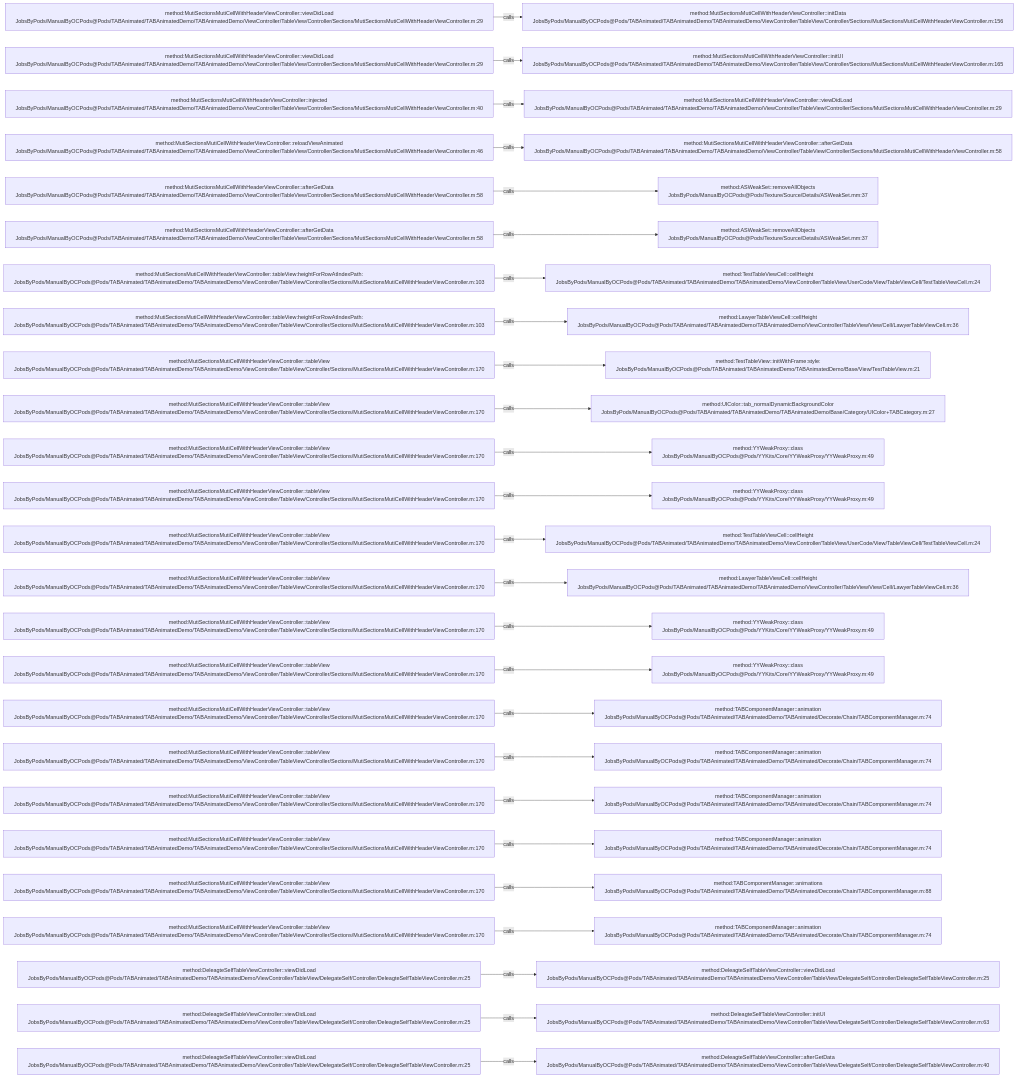
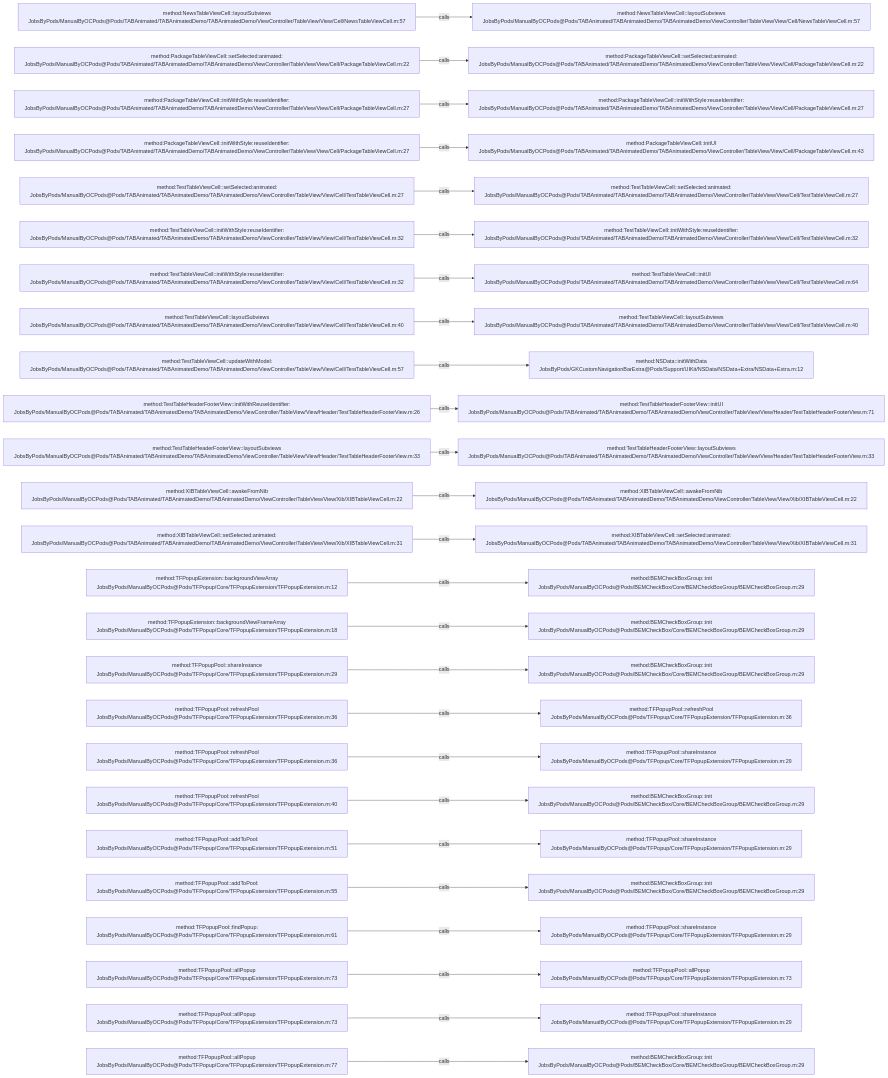
The diagram in .codegraph/codegraph.md/graphs/calls-070.md (JobsKits/JobsOCBaseConfigDemo), drawn with Mermaid before and after one commit. The commit also changed 1223 other files, not shown here.

````diff
--- a/.codegraph/codegraph.md/graphs/calls-070.md
+++ b/.codegraph/codegraph.md/graphs/calls-070.md
@@ -13,78 +13,78 @@
 ```mermaid
 flowchart LR
-  S1["method:MutiSectionsMutiCellWithHeaderViewController::viewDidLoad<br/>JobsByPods/ManualByOCPods@Pods/TABAnimated/TABAnimatedDemo/TABAnimatedDemo/ViewController/TableView/Controller/Sections/MutiSectionsMutiCellWithHeaderViewController.m:29"]
-  T1["method:MutiSectionsMutiCellWithHeaderViewController::initData<br/>JobsByPods/ManualByOCPods@Pods/TABAnimated/TABAnimatedDemo/TABAnimatedDemo/ViewController/TableView/Controller/Sections/MutiSectionsMutiCellWithHeaderViewController.m:156"]
+  S1["method:NewsTableViewCell::layoutSubviews<br/>JobsByPods/ManualByOCPods@Pods/TABAnimated/TABAnimatedDemo/TABAnimatedDemo/ViewController/TableView/View/Cell/NewsTableViewCell.m:57"]
+  T1["method:NewsTableViewCell::layoutSubviews<br/>JobsByPods/ManualByOCPods@Pods/TABAnimated/TABAnimatedDemo/TABAnimatedDemo/ViewController/TableView/View/Cell/NewsTableViewCell.m:57"]
   S1 -->|calls| T1
-  S2["method:MutiSectionsMutiCellWithHeaderViewController::viewDidLoad<br/>JobsByPods/ManualByOCPods@Pods/TABAnimated/TABAnimatedDemo/TABAnimatedDemo/ViewController/TableView/Controller/Sections/MutiSectionsMutiCellWithHeaderViewController.m:29"]
-  T2["method:MutiSectionsMutiCellWithHeaderViewController::initUI<br/>JobsByPods/ManualByOCPods@Pods/TABAnimated/TABAnimatedDemo/TABAnimatedDemo/ViewController/TableView/Controller/Sections/MutiSectionsMutiCellWithHeaderViewController.m:165"]
+  S2["method:PackageTableViewCell::setSelected:animated:<br/>JobsByPods/ManualByOCPods@Pods/TABAnimated/TABAnimatedDemo/TABAnimatedDemo/ViewController/TableView/View/Cell/PackageTableViewCell.m:22"]
+  T2["method:PackageTableViewCell::setSelected:animated:<br/>JobsByPods/ManualByOCPods@Pods/TABAnimated/TABAnimatedDemo/TABAnimatedDemo/ViewController/TableView/View/Cell/PackageTableViewCell.m:22"]
   S2 -->|calls| T2
-  S3["method:MutiSectionsMutiCellWithHeaderViewController::injected<br/>JobsByPods/ManualByOCPods@Pods/TABAnimated/TABAnimatedDemo/TABAnimatedDemo/ViewController/TableView/Controller/Sections/MutiSectionsMutiCellWithHeaderViewController.m:40"]
-  T3["method:MutiSectionsMutiCellWithHeaderViewController::viewDidLoad<br/>JobsByPods/ManualByOCPods@Pods/TABAnimated/TABAnimatedDemo/TABAnimatedDemo/ViewController/TableView/Controller/Sections/MutiSectionsMutiCellWithHeaderViewController.m:29"]
+  S3["method:PackageTableViewCell::initWithStyle:reuseIdentifier:<br/>JobsByPods/ManualByOCPods@Pods/TABAnimated/TABAnimatedDemo/TABAnimatedDemo/ViewController/TableView/View/Cell/PackageTableViewCell.m:27"]
+  T3["method:PackageTableViewCell::initWithStyle:reuseIdentifier:<br/>JobsByPods/ManualByOCPods@Pods/TABAnimated/TABAnimatedDemo/TABAnimatedDemo/ViewController/TableView/View/Cell/PackageTableViewCell.m:27"]
   S3 -->|calls| T3
-  S4["method:MutiSectionsMutiCellWithHeaderViewController::reloadViewAnimated<br/>JobsByPods/ManualByOCPods@Pods/TABAnimated/TABAnimatedDemo/TABAnimatedDemo/ViewController/TableView/Controller/Sections/MutiSectionsMutiCellWithHeaderViewController.m:46"]
-  T4["method:MutiSectionsMutiCellWithHeaderViewController::afterGetData<br/>JobsByPods/ManualByOCPods@Pods/TABAnimated/TABAnimatedDemo/TABAnimatedDemo/ViewController/TableView/Controller/Sections/MutiSectionsMutiCellWithHeaderViewController.m:58"]
+  S4["method:PackageTableViewCell::initWithStyle:reuseIdentifier:<br/>JobsByPods/ManualByOCPods@Pods/TABAnimated/TABAnimatedDemo/TABAnimatedDemo/ViewController/TableView/View/Cell/PackageTableViewCell.m:27"]
+  T4["method:PackageTableViewCell::initUI<br/>JobsByPods/ManualByOCPods@Pods/TABAnimated/TABAnimatedDemo/TABAnimatedDemo/ViewController/TableView/View/Cell/PackageTableViewCell.m:43"]
   S4 -->|calls| T4
-  S5["method:MutiSectionsMutiCellWithHeaderViewController::afterGetData<br/>JobsByPods/ManualByOCPods@Pods/TABAnimated/TABAnimatedDemo/TABAnimatedDemo/ViewController/TableView/Controller/Sections/MutiSectionsMutiCellWithHeaderViewController.m:58"]
-  T5["method:ASWeakSet::removeAllObjects<br/>JobsByPods/ManualByOCPods@Pods/Texture/Source/Details/ASWeakSet.mm:37"]
+  S5["method:TestTableViewCell::setSelected:animated:<br/>JobsByPods/ManualByOCPods@Pods/TABAnimated/TABAnimatedDemo/TABAnimatedDemo/ViewController/TableView/View/Cell/TestTableViewCell.m:27"]
+  T5["method:TestTableViewCell::setSelected:animated:<br/>JobsByPods/ManualByOCPods@Pods/TABAnimated/TABAnimatedDemo/TABAnimatedDemo/ViewController/TableView/View/Cell/TestTableViewCell.m:27"]
   S5 -->|calls| T5
-  S6["method:MutiSectionsMutiCellWithHeaderViewController::afterGetData<br/>JobsByPods/ManualByOCPods@Pods/TABAnimated/TABAnimatedDemo/TABAnimatedDemo/ViewController/TableView/Controller/Sections/MutiSectionsMutiCellWithHeaderViewController.m:58"]
-  T6["method:ASWeakSet::removeAllObjects<br/>JobsByPods/ManualByOCPods@Pods/Texture/Source/Details/ASWeakSet.mm:37"]
+  S6["method:TestTableViewCell::initWithStyle:reuseIdentifier:<br/>JobsByPods/ManualByOCPods@Pods/TABAnimated/TABAnimatedDemo/TABAnimatedDemo/ViewController/TableView/View/Cell/TestTableViewCell.m:32"]
+  T6["method:TestTableViewCell::initWithStyle:reuseIdentifier:<br/>JobsByPods/ManualByOCPods@Pods/TABAnimated/TABAnimatedDemo/TABAnimatedDemo/ViewController/TableView/View/Cell/TestTableViewCell.m:32"]
   S6 -->|calls| T6
-  S7["method:MutiSectionsMutiCellWithHeaderViewController::tableView:heightForRowAtIndexPath:<br/>JobsByPods/ManualByOCPods@Pods/TABAnimated/TABAnimatedDemo/TABAnimatedDemo/ViewController/TableView/Controller/Sections/MutiSectionsMutiCellWithHeaderViewController.m:103"]
-  T7["method:TestTableViewCell::cellHeight<br/>JobsByPods/ManualByOCPods@Pods/TABAnimated/TABAnimatedDemo/TABAnimatedDemo/ViewController/TableView/UserCode/View/TableViewCell/TestTableViewCell.m:24"]
+  S7["method:TestTableViewCell::initWithStyle:reuseIdentifier:<br/>JobsByPods/ManualByOCPods@Pods/TABAnimated/TABAnimatedDemo/TABAnimatedDemo/ViewController/TableView/View/Cell/TestTableViewCell.m:32"]
+  T7["method:TestTableViewCell::initUI<br/>JobsByPods/ManualByOCPods@Pods/TABAnimated/TABAnimatedDemo/TABAnimatedDemo/ViewController/TableView/View/Cell/TestTableViewCell.m:64"]
   S7 -->|calls| T7
-  S8["method:MutiSectionsMutiCellWithHeaderViewController::tableView:heightForRowAtIndexPath:<br/>JobsByPods/ManualByOCPods@Pods/TABAnimated/TABAnimatedDemo/TABAnimatedDemo/ViewController/TableView/Controller/Sections/MutiSectionsMutiCellWithHeaderViewController.m:103"]
-  T8["method:LawyerTableViewCell::cellHeight<br/>JobsByPods/ManualByOCPods@Pods/TABAnimated/TABAnimatedDemo/TABAnimatedDemo/ViewController/TableView/View/Cell/LawyerTableViewCell.m:36"]
+  S8["method:TestTableViewCell::layoutSubviews<br/>JobsByPods/ManualByOCPods@Pods/TABAnimated/TABAnimatedDemo/TABAnimatedDemo/ViewController/TableView/View/Cell/TestTableViewCell.m:40"]
+  T8["method:TestTableViewCell::layoutSubviews<br/>JobsByPods/ManualByOCPods@Pods/TABAnimated/TABAnimatedDemo/TABAnimatedDemo/ViewController/TableView/View/Cell/TestTableViewCell.m:40"]
   S8 -->|calls| T8
-  S9["method:MutiSectionsMutiCellWithHeaderViewController::tableView<br/>JobsByPods/ManualByOCPods@Pods/TABAnimated/TABAnimatedDemo/TABAnimatedDemo/ViewController/TableView/Controller/Sections/MutiSectionsMutiCellWithHeaderViewController.m:170"]
-  T9["method:TestTableView::initWithFrame:style:<br/>JobsByPods/ManualByOCPods@Pods/TABAnimated/TABAnimatedDemo/TABAnimatedDemo/Base/View/TestTableView.m:21"]
+  S9["method:TestTableViewCell::updateWithModel:<br/>JobsByPods/ManualByOCPods@Pods/TABAnimated/TABAnimatedDemo/TABAnimatedDemo/ViewController/TableView/View/Cell/TestTableViewCell.m:57"]
+  T9["method:NSData::initWithData<br/>JobsByPods/GKCustomNavigationBarExtra@Pods/Support/UIKit/NSData/NSData+Extra/NSData+Extra.m:12"]
   S9 -->|calls| T9
-  S10["method:MutiSectionsMutiCellWithHeaderViewController::tableView<br/>JobsByPods/ManualByOCPods@Pods/TABAnimated/TABAnimatedDemo/TABAnimatedDemo/ViewController/TableView/Controller/Sections/MutiSectionsMutiCellWithHeaderViewController.m:170"]
-  T10["method:UIColor::tab_normalDynamicBackgroundColor<br/>JobsByPods/ManualByOCPods@Pods/TABAnimated/TABAnimatedDemo/TABAnimatedDemo/Base/Category/UIColor+TABCategory.m:27"]
+  S10["method:TestTableHeaderFooterView::initWithReuseIdentifier:<br/>JobsByPods/ManualByOCPods@Pods/TABAnimated/TABAnimatedDemo/TABAnimatedDemo/ViewController/TableView/View/Header/TestTableHeaderFooterView.m:26"]
+  T10["method:TestTableHeaderFooterView::initUI<br/>JobsByPods/ManualByOCPods@Pods/TABAnimated/TABAnimatedDemo/TABAnimatedDemo/ViewController/TableView/View/Header/TestTableHeaderFooterView.m:71"]
   S10 -->|calls| T10
-  S11["method:MutiSectionsMutiCellWithHeaderViewController::tableView<br/>JobsByPods/ManualByOCPods@Pods/TABAnimated/TABAnimatedDemo/TABAnimatedDemo/ViewController/TableView/Controller/Sections/MutiSectionsMutiCellWithHeaderViewController.m:170"]
-  T11["method:YYWeakProxy::class<br/>JobsByPods/ManualByOCPods@Pods/YYKits/Core/YYWeakProxy/YYWeakProxy.m:49"]
+  S11["method:TestTableHeaderFooterView::layoutSubviews<br/>JobsByPods/ManualByOCPods@Pods/TABAnimated/TABAnimatedDemo/TABAnimatedDemo/ViewController/TableView/View/Header/TestTableHeaderFooterView.m:33"]
+  T11["method:TestTableHeaderFooterView::layoutSubviews<br/>JobsByPods/ManualByOCPods@Pods/TABAnimated/TABAnimatedDemo/TABAnimatedDemo/ViewController/TableView/View/Header/TestTableHeaderFooterView.m:33"]
   S11 -->|calls| T11
-  S12["method:MutiSectionsMutiCellWithHeaderViewController::tableView<br/>JobsByPods/ManualByOCPods@Pods/TABAnimated/TABAnimatedDemo/TABAnimatedDemo/ViewController/TableView/Controller/Sections/MutiSectionsMutiCellWithHeaderViewController.m:170"]
-  T12["method:YYWeakProxy::class<br/>JobsByPods/ManualByOCPods@Pods/YYKits/Core/YYWeakProxy/YYWeakProxy.m:49"]
+  S12["method:XIBTableViewCell::awakeFromNib<br/>JobsByPods/ManualByOCPods@Pods/TABAnimated/TABAnimatedDemo/TABAnimatedDemo/ViewController/TableView/View/Xib/XIBTableViewCell.m:22"]
+  T12["method:XIBTableViewCell::awakeFromNib<br/>JobsByPods/ManualByOCPods@Pods/TABAnimated/TABAnimatedDemo/TABAnimatedDemo/ViewController/TableView/View/Xib/XIBTableViewCell.m:22"]
   S12 -->|calls| T12
-  S13["method:MutiSectionsMutiCellWithHeaderViewController::tableView<br/>JobsByPods/ManualByOCPods@Pods/TABAnimated/TABAnimatedDemo/TABAnimatedDemo/ViewController/TableView/Controller/Sections/MutiSectionsMutiCellWithHeaderViewController.m:170"]
-  T13["method:TestTableViewCell::cellHeight<br/>JobsByPods/ManualByOCPods@Pods/TABAnimated/TABAnimatedDemo/TABAnimatedDemo/ViewController/TableView/UserCode/View/TableViewCell/TestTableViewCell.m:24"]
+  S13["method:XIBTableViewCell::setSelected:animated:<br/>JobsByPods/ManualByOCPods@Pods/TABAnimated/TABAnimatedDemo/TABAnimatedDemo/ViewController/TableView/View/Xib/XIBTableViewCell.m:31"]
+  T13["method:XIBTableViewCell::setSelected:animated:<br/>JobsByPods/ManualByOCPods@Pods/TABAnimated/TABAnimatedDemo/TABAnimatedDemo/ViewController/TableView/View/Xib/XIBTableViewCell.m:31"]
   S13 -->|calls| T13
-  S14["method:MutiSectionsMutiCellWithHeaderViewController::tableView<br/>JobsByPods/ManualByOCPods@Pods/TABAnimated/TABAnimatedDemo/TABAnimatedDemo/ViewController/TableView/Controller/Sections/MutiSectionsMutiCellWithHeaderViewController.m:170"]
-  T14["method:LawyerTableViewCell::cellHeight<br/>JobsByPods/ManualByOCPods@Pods/TABAnimated/TABAnimatedDemo/TABAnimatedDemo/ViewController/TableView/View/Cell/LawyerTableViewCell.m:36"]
+  S14["method:TFPopupExtension::backgroundViewArray<br/>JobsByPods/ManualByOCPods@Pods/TFPopup/Core/TFPopupExtension/TFPopupExtension.m:12"]
+  T14["method:BEMCheckBoxGroup::init<br/>JobsByPods/ManualByOCPods@Pods/BEMCheckBox/Core/BEMCheckBoxGroup/BEMCheckBoxGroup.m:29"]
   S14 -->|calls| T14
-  S15["method:MutiSectionsMutiCellWithHeaderViewController::tableView<br/>JobsByPods/ManualByOCPods@Pods/TABAnimated/TABAnimatedDemo/TABAnimatedDemo/ViewController/TableView/Controller/Sections/MutiSectionsMutiCellWithHeaderViewController.m:170"]
-  T15["method:YYWeakProxy::class<br/>JobsByPods/ManualByOCPods@Pods/YYKits/Core/YYWeakProxy/YYWeakProxy.m:49"]
+  S15["method:TFPopupExtension::backgroundViewFrameArray<br/>JobsByPods/ManualByOCPods@Pods/TFPopup/Core/TFPopupExtension/TFPopupExtension.m:18"]
+  T15["method:BEMCheckBoxGroup::init<br/>JobsByPods/ManualByOCPods@Pods/BEMCheckBox/Core/BEMCheckBoxGroup/BEMCheckBoxGroup.m:29"]
   S15 -->|calls| T15
-  S16["method:MutiSectionsMutiCellWithHeaderViewController::tableView<br/>JobsByPods/ManualByOCPods@Pods/TABAnimated/TABAnimatedDemo/TABAnimatedDemo/ViewController/TableView/Controller/Sections/MutiSectionsMutiCellWithHeaderViewController.m:170"]
-  T16["method:YYWeakProxy::class<br/>JobsByPods/ManualByOCPods@Pods/YYKits/Core/YYWeakProxy/YYWeakProxy.m:49"]
+  S16["method:TFPopupPool::shareInstance<br/>JobsByPods/ManualByOCPods@Pods/TFPopup/Core/TFPopupExtension/TFPopupExtension.m:29"]
+  T16["method:BEMCheckBoxGroup::init<br/>JobsByPods/ManualByOCPods@Pods/BEMCheckBox/Core/BEMCheckBoxGroup/BEMCheckBoxGroup.m:29"]
   S16 -->|calls| T16
-  S17["method:MutiSectionsMutiCellWithHeaderViewController::tableView<br/>JobsByPods/ManualByOCPods@Pods/TABAnimated/TABAnimatedDemo/TABAnimatedDemo/ViewController/TableView/Controller/Sections/MutiSectionsMutiCellWithHeaderViewController.m:170"]
-  T17["method:TABComponentManager::animation<br/>JobsByPods/ManualByOCPods@Pods/TABAnimated/TABAnimatedDemo/TABAnimated/Decorate/Chain/TABComponentManager.m:74"]
+  S17["method:TFPopupPool::refreshPool<br/>JobsByPods/ManualByOCPods@Pods/TFPopup/Core/TFPopupExtension/TFPopupExtension.m:36"]
+  T17["method:TFPopupPool::refreshPool<br/>JobsByPods/ManualByOCPods@Pods/TFPopup/Core/TFPopupExtension/TFPopupExtension.m:36"]
   S17 -->|calls| T17
-  S18["method:MutiSectionsMutiCellWithHeaderViewController::tableView<br/>JobsByPods/ManualByOCPods@Pods/TABAnimated/TABAnimatedDemo/TABAnimatedDemo/ViewController/TableView/Controller/Sections/MutiSectionsMutiCellWithHeaderViewController.m:170"]
-  T18["method:TABComponentManager::animation<br/>JobsByPods/ManualByOCPods@Pods/TABAnimated/TABAnimatedDemo/TABAnimated/Decorate/Chain/TABComponentManager.m:74"]
+  S18["method:TFPopupPool::refreshPool<br/>JobsByPods/ManualByOCPods@Pods/TFPopup/Core/TFPopupExtension/TFPopupExtension.m:36"]
+  T18["method:TFPopupPool::shareInstance<br/>JobsByPods/ManualByOCPods@Pods/TFPopup/Core/TFPopupExtension/TFPopupExtension.m:29"]
   S18 -->|calls| T18
-  S19["method:MutiSectionsMutiCellWithHeaderViewController::tableView<br/>JobsByPods/ManualByOCPods@Pods/TABAnimated/TABAnimatedDemo/TABAnimatedDemo/ViewController/TableView/Controller/Sections/MutiSectionsMutiCellWithHeaderViewController.m:170"]
-  T19["method:TABComponentManager::animation<br/>JobsByPods/ManualByOCPods@Pods/TABAnimated/TABAnimatedDemo/TABAnimated/Decorate/Chain/TABComponentManager.m:74"]
+  S19["method:TFPopupPool::refreshPool<br/>JobsByPods/ManualByOCPods@Pods/TFPopup/Core/TFPopupExtension/TFPopupExtension.m:40"]
+  T19["method:BEMCheckBoxGroup::init<br/>JobsByPods/ManualByOCPods@Pods/BEMCheckBox/Core/BEMCheckBoxGroup/BEMCheckBoxGroup.m:29"]
   S19 -->|calls| T19
-  S20["method:MutiSectionsMutiCellWithHeaderViewController::tableView<br/>JobsByPods/ManualByOCPods@Pods/TABAnimated/TABAnimatedDemo/TABAnimatedDemo/ViewController/TableView/Controller/Sections/MutiSectionsMutiCellWithHeaderViewController.m:170"]
-  T20["method:TABComponentManager::animation<br/>JobsByPods/ManualByOCPods@Pods/TABAnimated/TABAnimatedDemo/TABAnimated/Decorate/Chain/TABComponentManager.m:74"]
+  S20["method:TFPopupPool::addToPool:<br/>JobsByPods/ManualByOCPods@Pods/TFPopup/Core/TFPopupExtension/TFPopupExtension.m:51"]
+  T20["method:TFPopupPool::shareInstance<br/>JobsByPods/ManualByOCPods@Pods/TFPopup/Core/TFPopupExtension/TFPopupExtension.m:29"]
   S20 -->|calls| T20
-  S21["method:MutiSectionsMutiCellWithHeaderViewController::tableView<br/>JobsByPods/ManualByOCPods@Pods/TABAnimated/TABAnimatedDemo/TABAnimatedDemo/ViewController/TableView/Controller/Sections/MutiSectionsMutiCellWithHeaderViewController.m:170"]
-  T21["method:TABComponentManager::animations<br/>JobsByPods/ManualByOCPods@Pods/TABAnimated/TABAnimatedDemo/TABAnimated/Decorate/Chain/TABComponentManager.m:88"]
+  S21["method:TFPopupPool::addToPool:<br/>JobsByPods/ManualByOCPods@Pods/TFPopup/Core/TFPopupExtension/TFPopupExtension.m:55"]
+  T21["method:BEMCheckBoxGroup::init<br/>JobsByPods/ManualByOCPods@Pods/BEMCheckBox/Core/BEMCheckBoxGroup/BEMCheckBoxGroup.m:29"]
   S21 -->|calls| T21
-  S22["method:MutiSectionsMutiCellWithHeaderViewController::tableView<br/>JobsByPods/ManualByOCPods@Pods/TABAnimated/TABAnimatedDemo/TABAnimatedDemo/ViewController/TableView/Controller/Sections/MutiSectionsMutiCellWithHeaderViewController.m:170"]
-  T22["method:TABComponentManager::animation<br/>JobsByPods/ManualByOCPods@Pods/TABAnimated/TABAnimatedDemo/TABAnimated/Decorate/Chain/TABComponentManager.m:74"]
+  S22["method:TFPopupPool::findPopup:<br/>JobsByPods/ManualByOCPods@Pods/TFPopup/Core/TFPopupExtension/TFPopupExtension.m:61"]
+  T22["method:TFPopupPool::shareInstance<br/>JobsByPods/ManualByOCPods@Pods/TFPopup/Core/TFPopupExtension/TFPopupExtension.m:29"]
   S22 -->|calls| T22
-  S23["method:DeleagteSelfTableViewController::viewDidLoad<br/>JobsByPods/ManualByOCPods@Pods/TABAnimated/TABAnimatedDemo/TABAnimatedDemo/ViewController/TableView/DelegateSelf/Controller/DeleagteSelfTableViewController.m:25"]
-  T23["method:DeleagteSelfTableViewController::viewDidLoad<br/>JobsByPods/ManualByOCPods@Pods/TABAnimated/TABAnimatedDemo/TABAnimatedDemo/ViewController/TableView/DelegateSelf/Controller/DeleagteSelfTableViewController.m:25"]
+  S23["method:TFPopupPool::allPopup<br/>JobsByPods/ManualByOCPods@Pods/TFPopup/Core/TFPopupExtension/TFPopupExtension.m:73"]
+  T23["method:TFPopupPool::allPopup<br/>JobsByPods/ManualByOCPods@Pods/TFPopup/Core/TFPopupExtension/TFPopupExtension.m:73"]
   S23 -->|calls| T23
-  S24["method:DeleagteSelfTableViewController::viewDidLoad<br/>JobsByPods/ManualByOCPods@Pods/TABAnimated/TABAnimatedDemo/TABAnimatedDemo/ViewController/TableView/DelegateSelf/Controller/DeleagteSelfTableViewController.m:25"]
-  T24["method:DeleagteSelfTableViewController::initUI<br/>JobsByPods/ManualByOCPods@Pods/TABAnimated/TABAnimatedDemo/TABAnimatedDemo/ViewController/TableView/DelegateSelf/Controller/DeleagteSelfTableViewController.m:63"]
+  S24["method:TFPopupPool::allPopup<br/>JobsByPods/ManualByOCPods@Pods/TFPopup/Core/TFPopupExtension/TFPopupExtension.m:73"]
+  T24["method:TFPopupPool::shareInstance<br/>JobsByPods/ManualByOCPods@Pods/TFPopup/Core/TFPopupExtension/TFPopupExtension.m:29"]
   S24 -->|calls| T24
-  S25["method:DeleagteSelfTableViewController::viewDidLoad<br/>JobsByPods/ManualByOCPods@Pods/TABAnimated/TABAnimatedDemo/TABAnimatedDemo/ViewController/TableView/DelegateSelf/Controller/DeleagteSelfTableViewController.m:25"]
-  T25["method:DeleagteSelfTableViewController::afterGetData<br/>JobsByPods/ManualByOCPods@Pods/TABAnimated/TABAnimatedDemo/TABAnimatedDemo/ViewController/TableView/DelegateSelf/Controller/DeleagteSelfTableViewController.m:40"]
+  S25["method:TFPopupPool::allPopup<br/>JobsByPods/ManualByOCPods@Pods/TFPopup/Core/TFPopupExtension/TFPopupExtension.m:77"]
+  T25["method:BEMCheckBoxGroup::init<br/>JobsByPods/ManualByOCPods@Pods/BEMCheckBox/Core/BEMCheckBoxGroup/BEMCheckBoxGroup.m:29"]
   S25 -->|calls| T25
 ```
````
